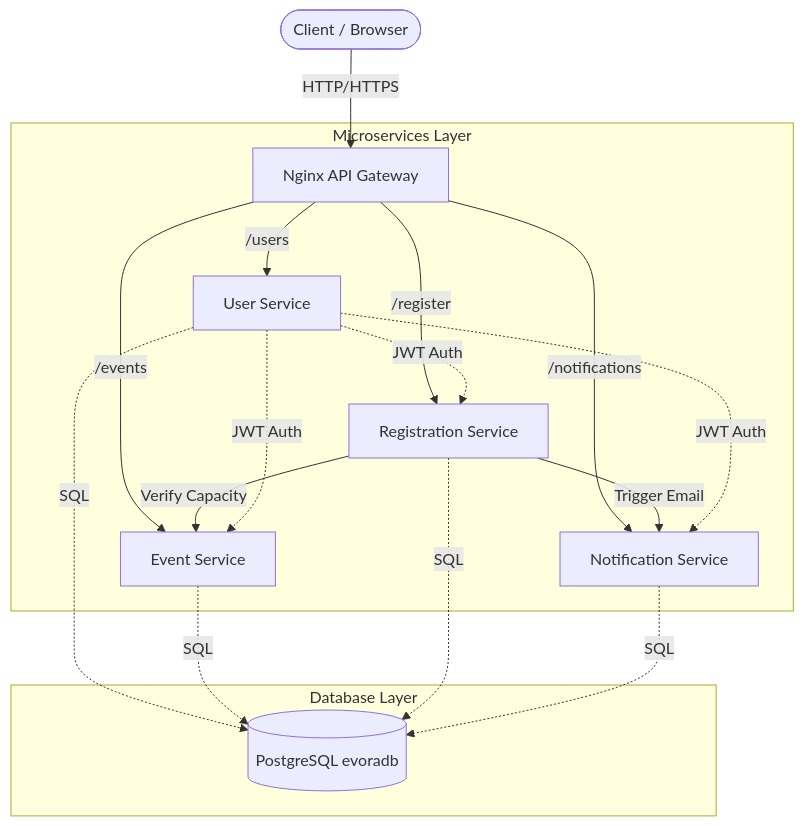
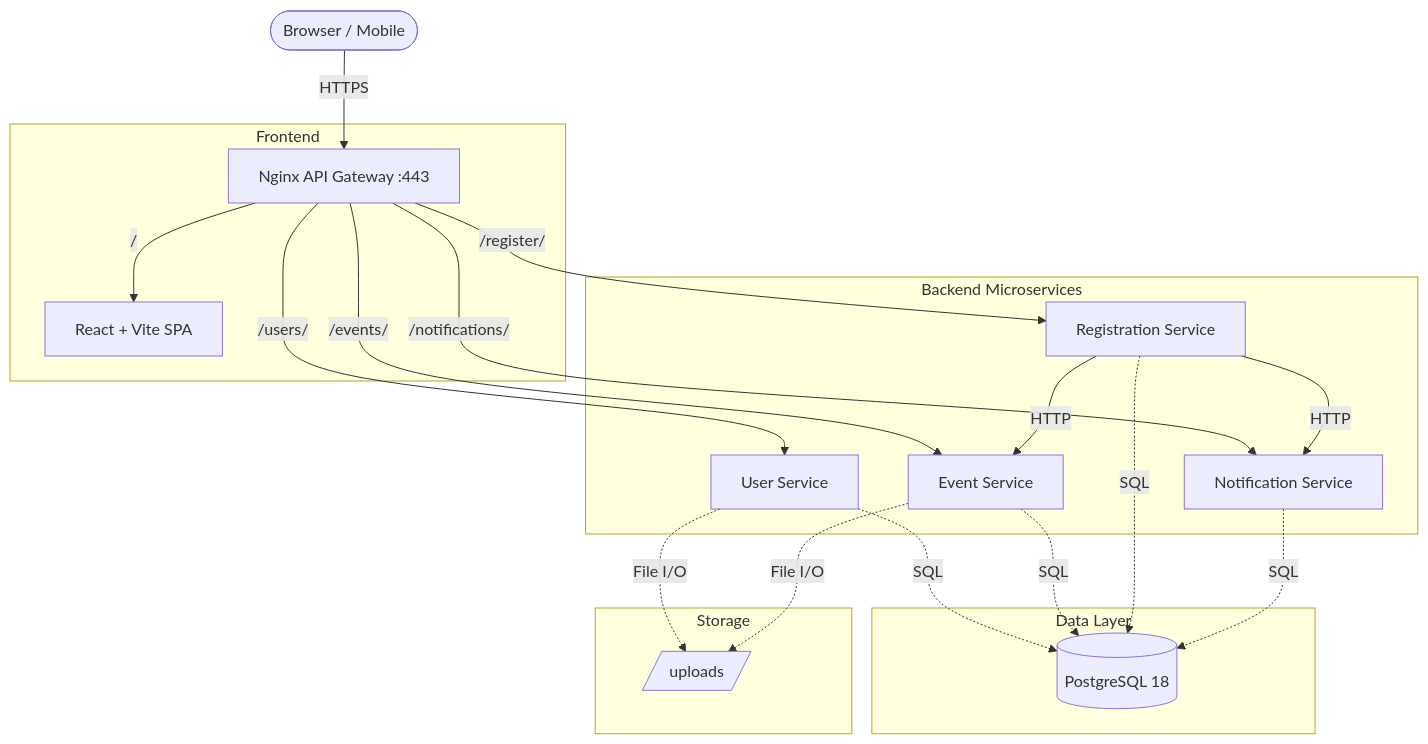
One commit to ahmedreda38/Evora changed the diagram in README.md. Above: the diagram before and after it, drawn with Mermaid. The commit also changed other lines of this file and 23 other files, not shown here.

Commit message:
feat: deploy microservices architecture to Kubernetes with Ingress, Postgres, and service configurations

````diff
--- a/README.md
+++ b/README.md
@@ -9,24 +9,30 @@
 ```mermaid
 graph TD
-    Client([Client / Browser]) -->|HTTP/HTTPS| Nginx[Nginx API Gateway]
-    
-    subgraph Microservices Layer
-        Nginx -->|/users| UserSvc[User Service]
-        Nginx -->|/events| EventSvc[Event Service]
-        Nginx -->|/register| RegSvc[Registration Service]
-        Nginx -->|/notifications| NotifSvc[Notification Service]
+    Client([Browser / Mobile]) -->|HTTPS| Nginx[Nginx API Gateway :443]
+
+    subgraph Frontend
+        Nginx -->|/| Vite[React + Vite SPA]
     end
-    
-    subgraph Database Layer
-        UserSvc -.->|SQL| DB[(PostgreSQL evoradb)]
+
+    subgraph Backend Microservices
+        Nginx -->|/users/| UserSvc[User Service]
+        Nginx -->|/events/| EventSvc[Event Service]
+        Nginx -->|/register/| RegSvc[Registration Service]
+        Nginx -->|/notifications/| NotifSvc[Notification Service]
+    end
+
+    subgraph Data Layer
+        UserSvc -.->|SQL| DB[(PostgreSQL 18)]
         EventSvc -.->|SQL| DB
         RegSvc -.->|SQL| DB
         NotifSvc -.->|SQL| DB
     end
-    
-    RegSvc -->|Verify Capacity| EventSvc
-    RegSvc -->|Trigger Email| NotifSvc
-    UserSvc -.->|JWT Auth| EventSvc
-    UserSvc -.->|JWT Auth| RegSvc
-    UserSvc -.->|JWT Auth| NotifSvc
+
+    subgraph Storage
+        UserSvc -.->|File I/O| Uploads[/uploads/]
+        EventSvc -.->|File I/O| Uploads
+    end
+
+    RegSvc -->|HTTP| EventSvc
+    RegSvc -->|HTTP| NotifSvc
 ```
````
